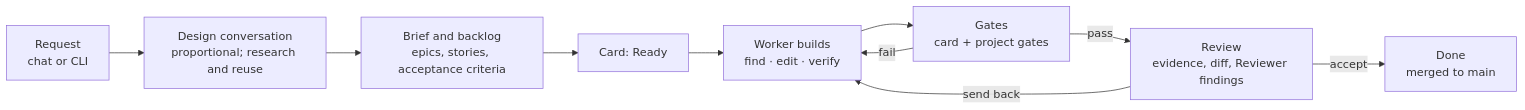
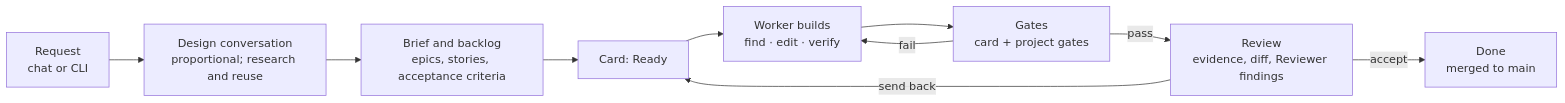
The diagram in docs/design/SPINE.md (brennansk1/sekhemet), drawn with Mermaid before and after one commit. The commit also changed other lines of this file and 25 other files, not shown here.

````diff
--- a/docs/design/SPINE.md
+++ b/docs/design/SPINE.md
@@ -38,12 +38,12 @@
 ```mermaid
 flowchart LR
   A[Request<br/>chat or CLI] --> B[Design conversation<br/>proportional; research and reuse]
   B --> C[Brief and backlog<br/>epics, stories, acceptance criteria]
   C --> D[Card: Ready]
   D --> E[Worker builds<br/>find · edit · verify]
   E --> F[Gates<br/>card + project gates]
   F -- fail --> E
   F -- pass --> G[Review<br/>evidence, diff, Reviewer findings]
   G -- accept --> H[Done<br/>merged to main]
-  G -- send back --> E
+  G -- send back --> D
 ```
````
